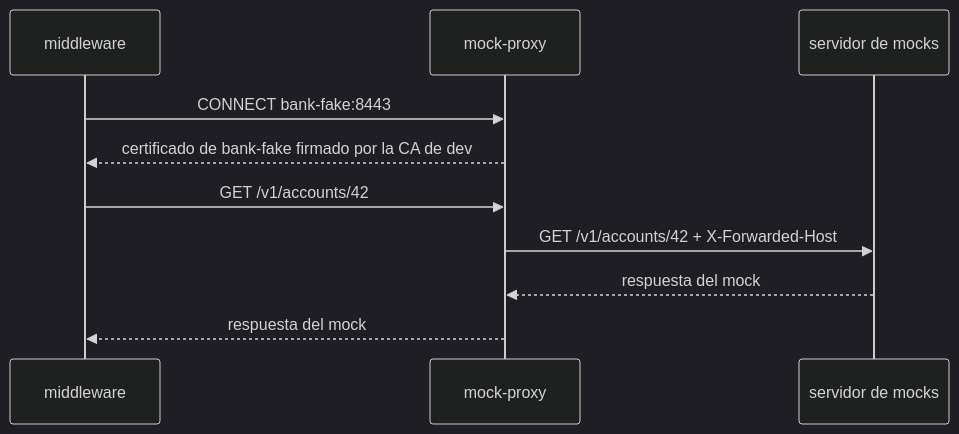
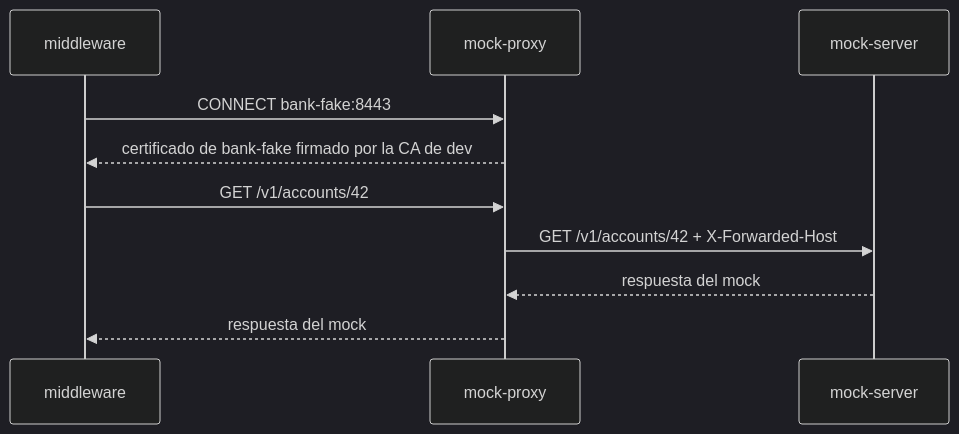
One commit to germankuber/poc-mock-proxy changed the third of 3 diagrams in README.md. Above: the diagram before and after it, drawn with Mermaid (dark theme). The commit also changed other lines of this file and 23 other files, not shown here.

````diff
--- a/README.md
+++ b/README.md
@@ -34,12 +59,12 @@
 ```mermaid
 sequenceDiagram
     participant M as middleware
     participant P as mock-proxy
-    participant S as servidor de mocks
+    participant S as mock-server
     M->>P: CONNECT bank-fake:8443
     P-->>M: certificado de bank-fake firmado por la CA de dev
     M->>P: GET /v1/accounts/42
     P->>S: GET /v1/accounts/42 + X-Forwarded-Host
     S-->>P: respuesta del mock
     P-->>M: respuesta del mock
 ```
````
